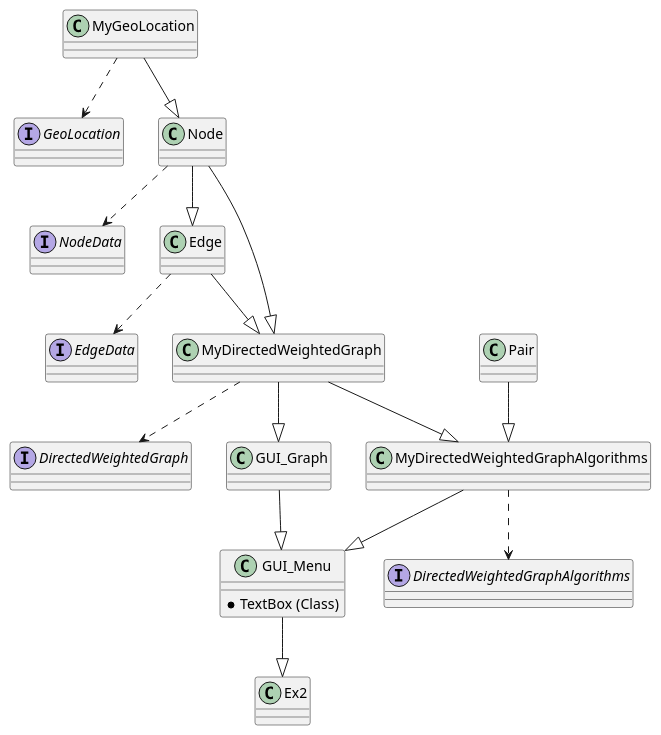
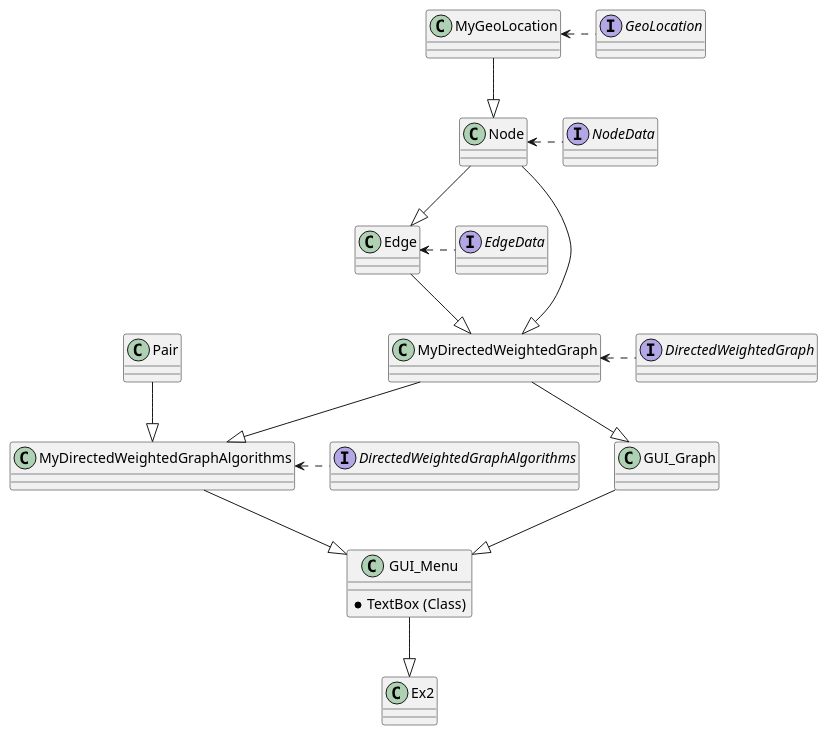
One commit to haimgoldfisher/OOP_Ex2 changed the diagram in diagram.puml. Above: the diagram before and after it, drawn with PlantUML. The commit also changed 2 other files, not shown here.

```diff
--- a/diagram.puml
+++ b/diagram.puml
@@ -1,96 +1,96 @@
 @startuml
 
 'https://plantuml.com/sequence-diagram
 
 interface GeoLocation
 {
 
 }
 
 class MyGeoLocation
 {
 
 }
 
 interface NodeData
 {
 
 }
 
 class Node
 {
 
 }
 
 interface EdgeData
 {
 
 }
 
 class Edge
 {
 
 }
 
 interface DirectedWeightedGraph
 {
 
 }
 
 class MyDirectedWeightedGraph
 {
 
 }
 
 class Pair
 {
 
 }
 
 interface DirectedWeightedGraphAlgorithms
 {
 
 
 }
 
 class MyDirectedWeightedGraphAlgorithms
 {
 
 
 }
 
 class GUI_Graph
 {
 
 
 }
 
 class GUI_Menu
 {
 *TextBox (Class)
 
 }
 
 class Ex2
 {
 
 }
 
-MyGeoLocation ..> GeoLocation
+MyGeoLocation <. GeoLocation
 MyGeoLocation --|> Node
-Node ..> NodeData
+Node <. NodeData
 Node --|> Edge
 Node --|> MyDirectedWeightedGraph
-Edge ..> EdgeData
+Edge <. EdgeData
 Edge --|> MyDirectedWeightedGraph
-MyDirectedWeightedGraph ..> DirectedWeightedGraph
+MyDirectedWeightedGraph <. DirectedWeightedGraph
 MyDirectedWeightedGraph --|> MyDirectedWeightedGraphAlgorithms
 MyDirectedWeightedGraph --|> GUI_Graph
 Pair --|> MyDirectedWeightedGraphAlgorithms
-MyDirectedWeightedGraphAlgorithms ..> DirectedWeightedGraphAlgorithms
+MyDirectedWeightedGraphAlgorithms <. DirectedWeightedGraphAlgorithms
 MyDirectedWeightedGraphAlgorithms --|> GUI_Menu
 GUI_Graph --|> GUI_Menu
 GUI_Menu --|> Ex2
 
 
 @enduml
```
